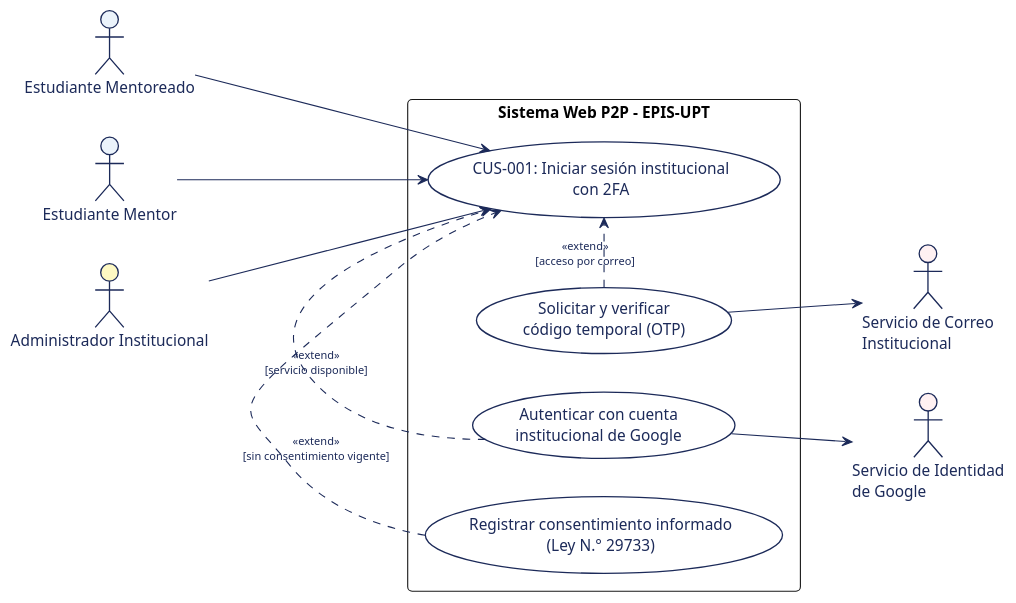
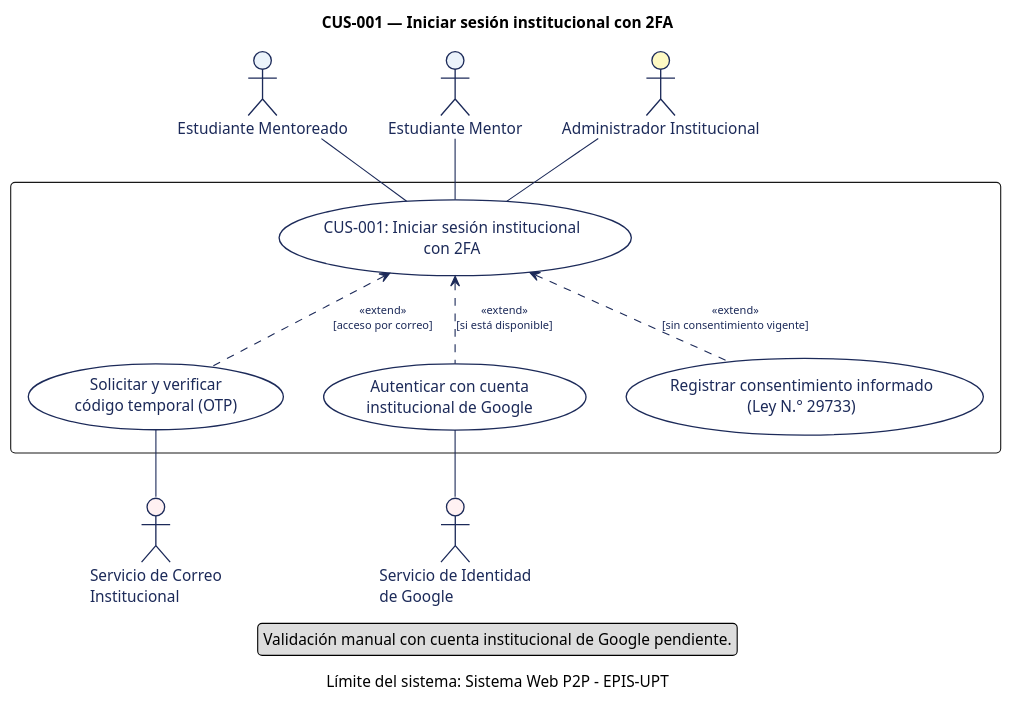
One commit to JMedina255/sistema_web_p2p changed the diagram in docs/narrativas/diagramas/plantuml/CUS-001_caso_de_uso.puml. Above: the diagram before and after it, drawn with PlantUML. The commit also changed 100 other files, not shown here.

Commit message:
docs(srs): completar narrativas y corregir diagramas UML (DOC-H04-R)

```diff
--- a/docs/narrativas/diagramas/plantuml/CUS-001_caso_de_uso.puml
+++ b/docs/narrativas/diagramas/plantuml/CUS-001_caso_de_uso.puml
@@ -6,49 +6,57 @@
 @startuml
-left to right direction
+title CUS-001 — Iniciar sesión institucional con 2FA
+top to bottom direction
+skinparam nodesep 36
+skinparam ranksep 45
 skinparam packageStyle rectangle
 skinparam shadowing false
 skinparam roundcorner 8
 skinparam defaultFontName Arial
 skinparam fontSize 11
 
 skinparam actor {
   BorderColor #1C2A59
   BorderThickness 1.2
   FontColor #1C2A59
 }
 
 skinparam usecase {
   BackgroundColor #FFFFFF
   BorderColor #1C2A59
   BorderThickness 1.2
   FontColor #1C2A59
   ArrowColor #1C2A59
   ArrowFontColor #1C2A59
   ArrowFontSize 10
 }
 
 actor "Estudiante Mentoreado" as Mentoreado #EBF3FB
 actor "Estudiante Mentor" as Mentor #EBF3FB
 actor "Administrador Institucional" as Admin #FEF9C3
 actor "Servicio de Correo\nInstitucional" as Correo #FFF1F2
 actor "Servicio de Identidad\nde Google" as Google #FFF1F2
 
-rectangle "Sistema Web P2P - EPIS-UPT" {
+caption Límite del sistema: Sistema Web P2P - EPIS-UPT
+rectangle {
   usecase "CUS-001: Iniciar sesión institucional\ncon 2FA" as CUS01
   usecase "Solicitar y verificar\ncódigo temporal (OTP)" as UC_OTP
   usecase "Autenticar con cuenta\ninstitucional de Google" as UC_Google
   usecase "Registrar consentimiento informado\n(Ley N.° 29733)" as UC_Consent
 }
 
-Mentoreado --> CUS01
-Mentor --> CUS01
-Admin --> CUS01
+Mentoreado -down- CUS01
+Mentor -down- CUS01
+Admin -down- CUS01
 
-UC_OTP .> CUS01 : <<extend>>\n[acceso por correo]
-UC_Google .> CUS01 : <<extend>>\n[servicio disponible]
-UC_Consent .> CUS01 : <<extend>>\n[sin consentimiento vigente]
+CUS01 <.down. UC_OTP : <<extend>>\n[acceso por correo]
+CUS01 <.down. UC_Google : <<extend>>\n[si está disponible]
+CUS01 <.down. UC_Consent : <<extend>>\n[sin consentimiento vigente]
 
-UC_OTP --> Correo
-UC_Google --> Google
+UC_OTP -down- Correo
+UC_Google -down- Google
+
+legend bottom
+  Validación manual con cuenta institucional de Google pendiente.
+endlegend
 
 @enduml
```
